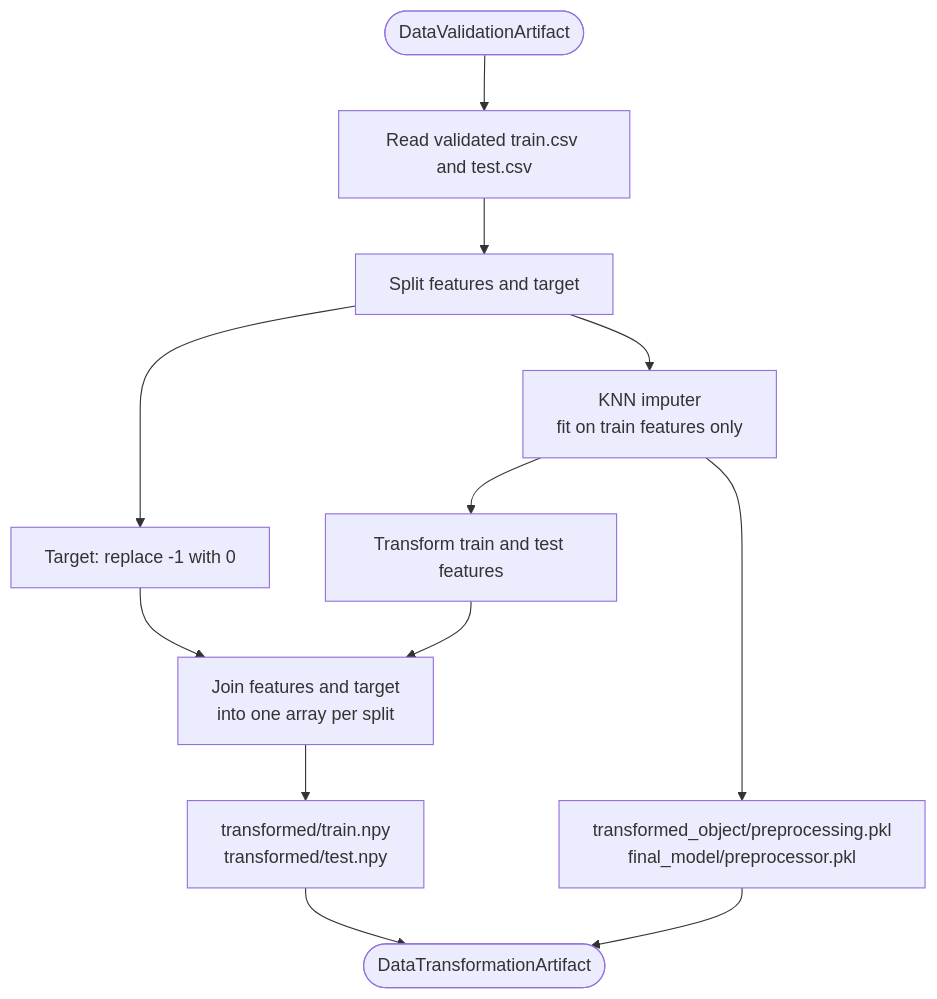
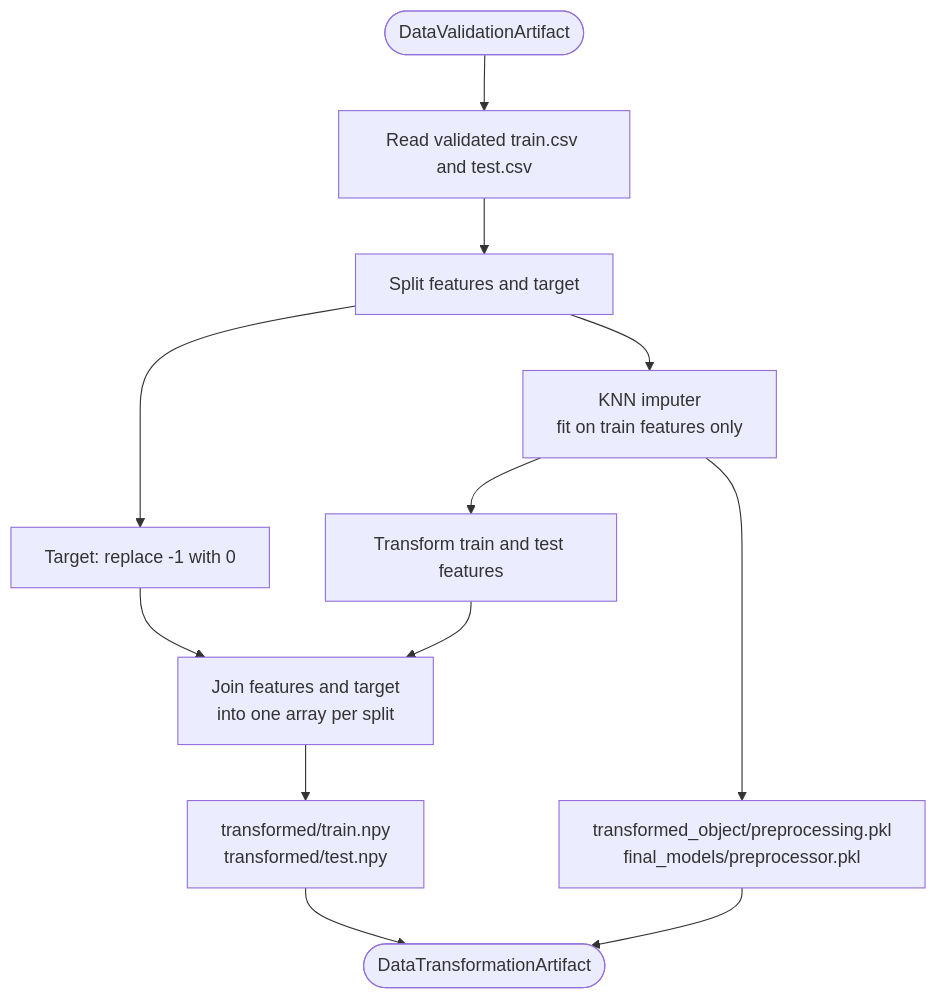
One commit to jsuryanm/network-security-mlops changed the third of 5 diagrams in README.md. Above: the diagram before and after it, drawn with Mermaid. The commit also changed other lines of this file, not shown here.

````diff
--- a/README.md
+++ b/README.md
@@ -151,14 +235,14 @@
 ```mermaid
 flowchart TD
     A(["DataValidationArtifact"]) --> B["Read validated train.csv and test.csv"]
     B --> C["Split features and target"]
     C --> D["Target: replace -1 with 0"]
     C --> E["KNN imputer<br/>fit on train features only"]
     E --> F["Transform train and test features"]
     D --> G["Join features and target<br/>into one array per split"]
     F --> G
     G --> H["transformed/train.npy<br/>transformed/test.npy"]
-    E --> I["transformed_object/preprocessing.pkl<br/>final_model/preprocessor.pkl"]
+    E --> I["transformed_object/preprocessing.pkl<br/>final_models/preprocessor.pkl"]
     H --> Z(["DataTransformationArtifact"])
     I --> Z
 ```
````
